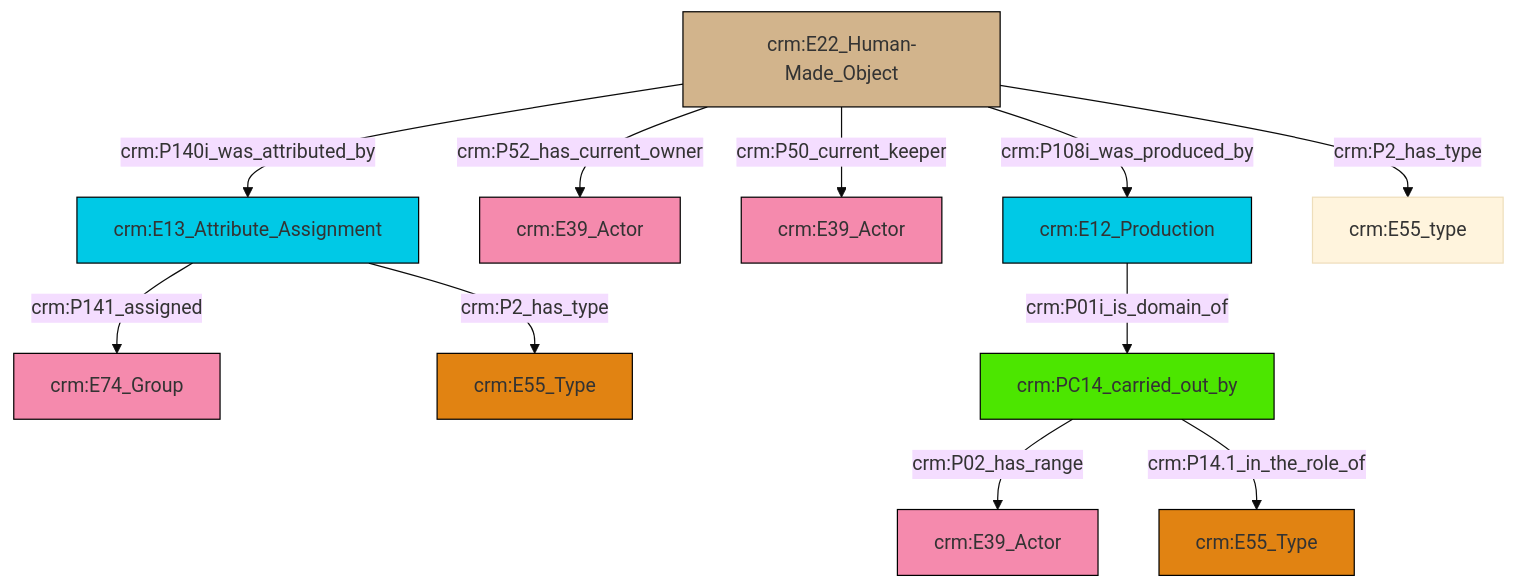
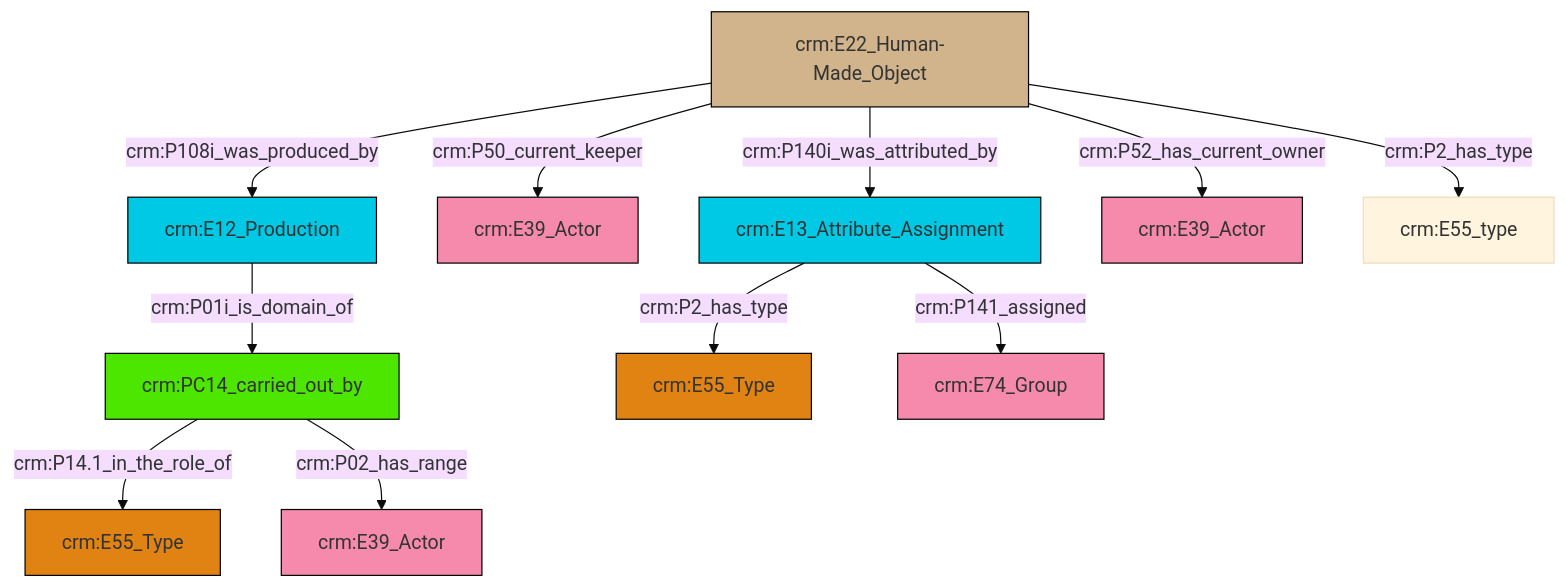
The diagram in et/artworkCSV/ttl/mmd/Artwork_Actor_Relations.ttl.mmd (swiss-art-research-net/reference-data-models), drawn with Mermaid (base theme) before and after one commit. The commit also changed 128 other files, not shown here.

```diff
--- a/et/artworkCSV/ttl/mmd/Artwork_Actor_Relations.ttl.mmd
+++ b/et/artworkCSV/ttl/mmd/Artwork_Actor_Relations.ttl.mmd
@@ -1,25 +1,25 @@
 graph TD
 classDef Literal fill:#f2f2f2,stroke:#000000;
 classDef CRM_Entity fill:#FFFFFF,stroke:#000000;
 classDef Temporal_Entity fill:#00C9E6, stroke:#000000;
 classDef Type fill:#E18312, stroke:#000000;
 classDef Time-Span fill:#2C9C91, stroke:#000000;
 classDef Appellation fill:#FFEB7F, stroke:#000000;
 classDef Place fill:#008836, stroke:#000000;
 classDef Persistent_Item fill:#B266B2, stroke:#000000;
 classDef Conceptual_Object fill:#FFD700, stroke:#000000;
 classDef Physical_Thing fill:#D2B48C, stroke:#000000;
 classDef Actor fill:#f58aad, stroke:#000000;
 classDef PC_Classes fill:#4ce600, stroke:#000000;
 classDef Multi fill:#cccccc,stroke:#000000;
 
-4["crm:PC14_carried_out_by"]:::PC_Classes -->|crm:P02_has_range| 5["crm:E39_Actor"]:::Actor
-6["crm:E22_Human-Made_Object"]:::Physical_Thing -->|crm:P140i_was_attributed_by| 7["crm:E13_Attribute_Assignment"]:::Temporal_Entity
-6["crm:E22_Human-Made_Object"]:::Physical_Thing -->|crm:P52_has_current_owner| 13["crm:E39_Actor"]:::Actor
-6["crm:E22_Human-Made_Object"]:::Physical_Thing -->|crm:P50_current_keeper| 2["crm:E39_Actor"]:::Actor
-4["crm:PC14_carried_out_by"]:::PC_Classes -->|crm:P14.1_in_the_role_of| 10["crm:E55_Type"]:::Type
-7["crm:E13_Attribute_Assignment"]:::Temporal_Entity -->|crm:P141_assigned| 18["crm:E74_Group"]:::Actor
-6["crm:E22_Human-Made_Object"]:::Physical_Thing -->|crm:P108i_was_produced_by| 16["crm:E12_Production"]:::Temporal_Entity
-7["crm:E13_Attribute_Assignment"]:::Temporal_Entity -->|crm:P2_has_type| 0["crm:E55_Type"]:::Type
-16["crm:E12_Production"]:::Temporal_Entity -->|crm:P01i_is_domain_of| 4["crm:PC14_carried_out_by"]:::PC_Classes
-6["crm:E22_Human-Made_Object"]:::Physical_Thing -->|crm:P2_has_type| 8["crm:E55_type"]:::Default
+0["crm:E22_Human-Made_Object"]:::Physical_Thing -->|crm:P140i_was_attributed_by| 1["crm:E13_Attribute_Assignment"]:::Temporal_Entity
+0["crm:E22_Human-Made_Object"]:::Physical_Thing -->|crm:P50_current_keeper| 3["crm:E39_Actor"]:::Actor
+7["crm:E12_Production"]:::Temporal_Entity -->|crm:P01i_is_domain_of| 5["crm:PC14_carried_out_by"]:::PC_Classes
+0["crm:E22_Human-Made_Object"]:::Physical_Thing -->|crm:P52_has_current_owner| 11["crm:E39_Actor"]:::Actor
+5["crm:PC14_carried_out_by"]:::PC_Classes -->|crm:P14.1_in_the_role_of| 12["crm:E55_Type"]:::Type
+1["crm:E13_Attribute_Assignment"]:::Temporal_Entity -->|crm:P2_has_type| 13["crm:E55_Type"]:::Type
+5["crm:PC14_carried_out_by"]:::PC_Classes -->|crm:P02_has_range| 9["crm:E39_Actor"]:::Actor
+0["crm:E22_Human-Made_Object"]:::Physical_Thing -->|crm:P2_has_type| 15["crm:E55_type"]:::Default
+1["crm:E13_Attribute_Assignment"]:::Temporal_Entity -->|crm:P141_assigned| 21["crm:E74_Group"]:::Actor
+0["crm:E22_Human-Made_Object"]:::Physical_Thing -->|crm:P108i_was_produced_by| 7["crm:E12_Production"]:::Temporal_Entity
```
